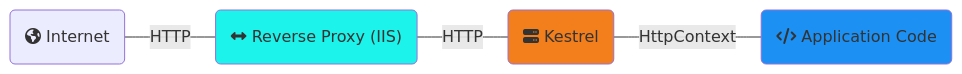
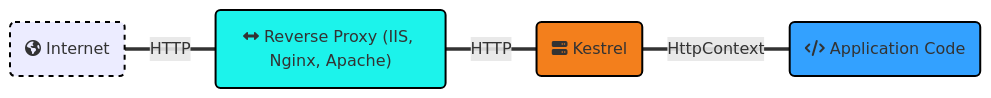
The second of 2 diagrams in content/3-hosting/web-host/_index.md (IEvangelist/aspnetcore-workshop), drawn with Mermaid before and after one commit. The commit also changed other lines of this file and 2 other files, not shown here.

```diff
--- a/content/3-hosting/web-host/_index.md
+++ b/content/3-hosting/web-host/_index.md
@@ -28,12 +39,19 @@
 {{<mermaid>}}
 graph LR;
-    A("fa:fa-globe-americas Internet")--HTTP---B("fa:fa-arrows-alt-h Reverse Proxy (IIS)");
-    B--HTTP---C("fa:fa-server Kestrel");
-    C--HttpContext---D("fa:fa-code Application Code");
-    classDef blue fill:#1c90f3;
+    A("fa:fa-globe-americas Internet")==HTTP===B("fa:fa-arrows-alt-h Reverse Proxy (IIS, Nginx, Apache)");
+    B==HTTP===C("fa:fa-server Kestrel");
+    C==HttpContext===D("fa:fa-code Application Code");
+    classDef d stroke-dasharray:5,5;
+    classDef b stroke:#000,stroke-width:2px;
+    classDef blue fill:#33a1ff;
     classDef orange fill:#f37f1c;
     classDef cyan fill:#1cf3eb;
+    class A b
+    class A d
     class B cyan
+    class B b
     class C orange
+    class C b
     class D blue
+    class D b
 {{< /mermaid >}}
```
